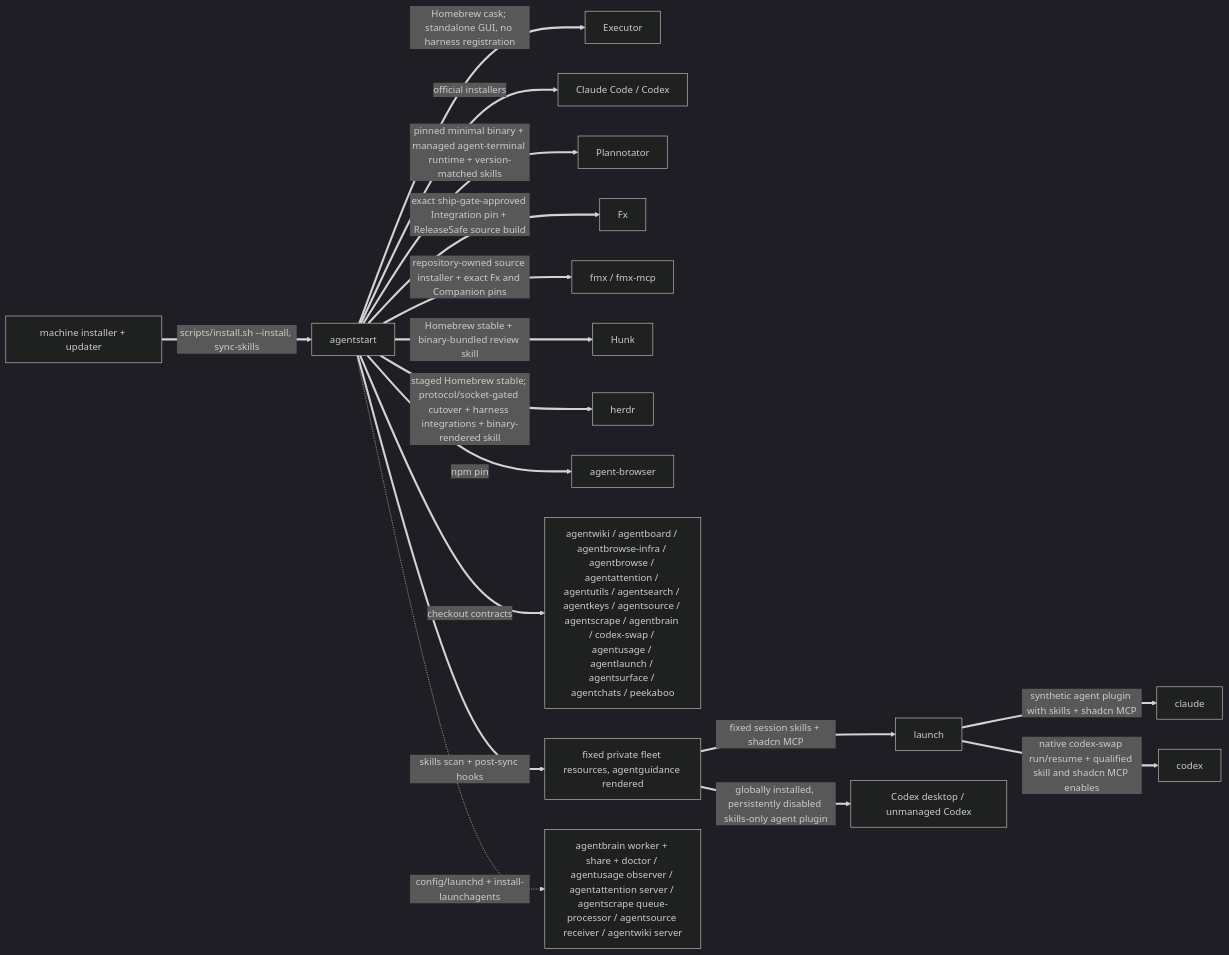
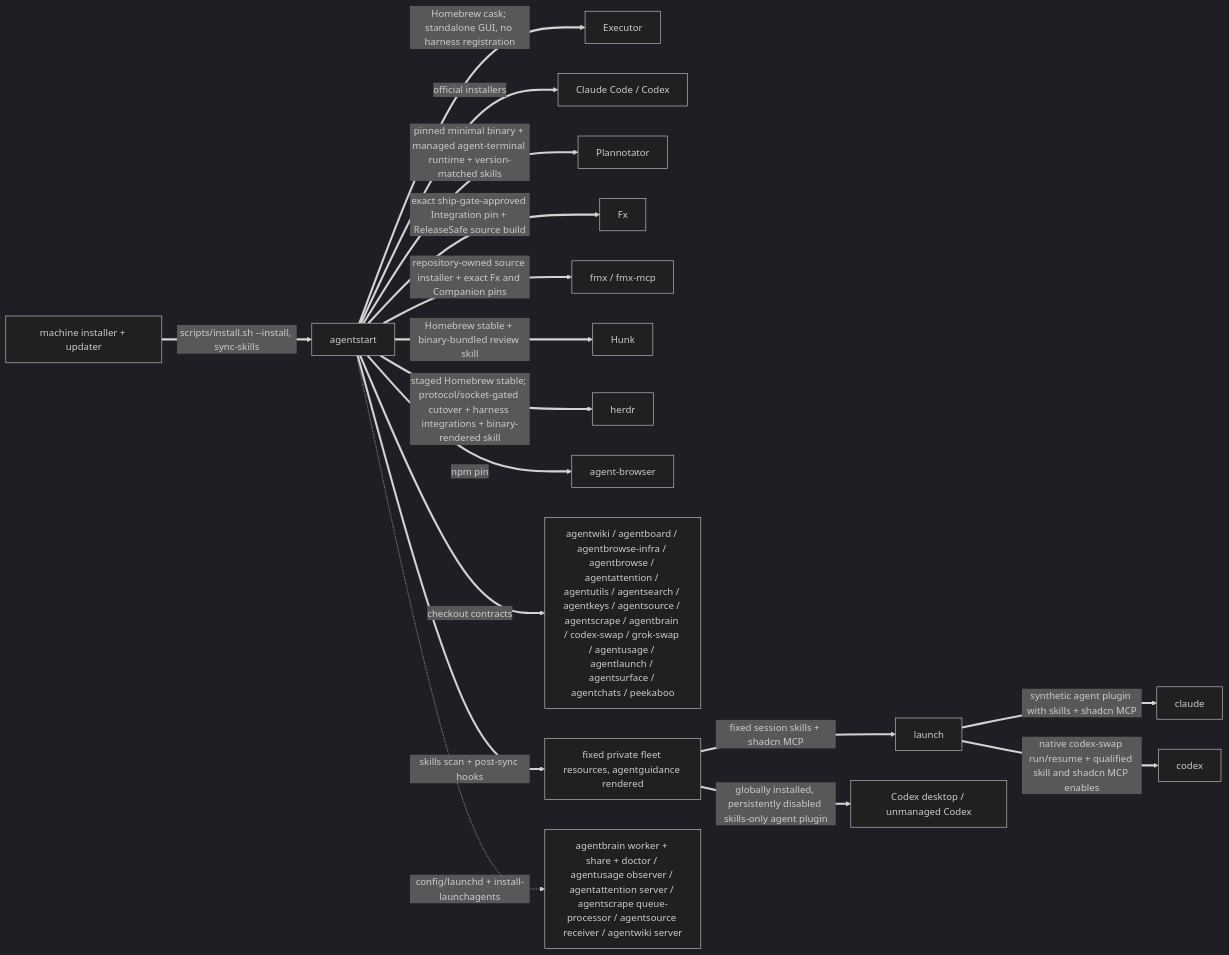
The second of 3 diagrams in skills/fleet/MAP.md (possibilities/agentstart), drawn with Mermaid (dark theme) before and after one commit. The commit also changed other lines of this file and 2 other files, not shown here.

Commit message:
Install grok-swap before agentusage

````diff
--- a/skills/fleet/MAP.md
+++ b/skills/fleet/MAP.md
@@ -90,22 +92,22 @@
 ```mermaid
 flowchart LR
     machine[machine installer + updater]
     start[agentstart]
 
     machine ==>|scripts/install.sh --install, sync-skills| start
     start ==>|Homebrew cask; standalone GUI, no harness registration| executor[Executor]
     start ==>|official installers| harnesses[Claude Code / Codex]
     start ==>|pinned minimal binary + managed agent-terminal runtime + version-matched skills| plannotator[Plannotator]
     start ==>|exact ship-gate-approved Integration pin + ReleaseSafe source build| fx[Fx]
     start ==>|repository-owned source installer + exact Fx and Companion pins| fmxInstall[fmx / fmx-mcp]
     start ==>|Homebrew stable + binary-bundled review skill| hunk[Hunk]
     start ==>|staged Homebrew stable; protocol/socket-gated cutover + harness integrations + binary-rendered skill| herdrInstall[herdr]
     start ==>|npm pin| browser[agent-browser]
-    start ==>|checkout contracts| fleet[agentwiki / agentboard / agentbrowse-infra / agentbrowse / agentattention / agentutils / agentsearch / agentkeys / agentsource / agentscrape / agentbrain / codex-swap / agentusage / agentlaunch / agentsurface / agentchats / peekaboo]
+    start ==>|checkout contracts| fleet[agentwiki / agentboard / agentbrowse-infra / agentbrowse / agentattention / agentutils / agentsearch / agentkeys / agentsource / agentscrape / agentbrain / codex-swap / grok-swap / agentusage / agentlaunch / agentsurface / agentchats / peekaboo]
     start ==>|skills scan + post-sync hooks| skills[fixed private fleet resources, agentguidance rendered]
     skills ==>|fixed session skills + shadcn MCP| launch
     launch ==>|synthetic agent plugin with skills + shadcn MCP| claude
     launch ==>|native codex-swap run/resume + qualified skill and shadcn MCP enables| codex
     skills ==>|globally installed, persistently disabled skills-only agent plugin| codexDesktop[Codex desktop / unmanaged Codex]
     start -.->|config/launchd + install-launchagents| services[agentbrain worker + share + doctor / agentusage observer / agentattention server / agentscrape queue-processor / agentsource receiver / agentwiki server]
 ```
````
